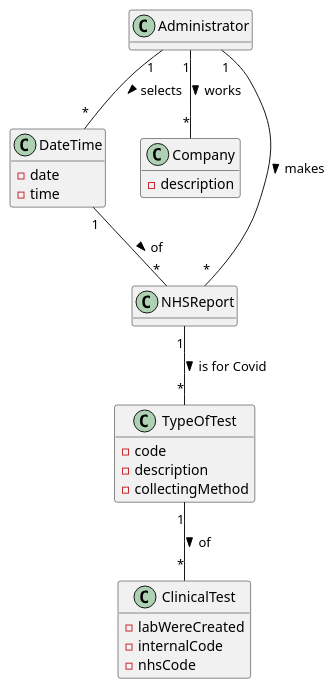
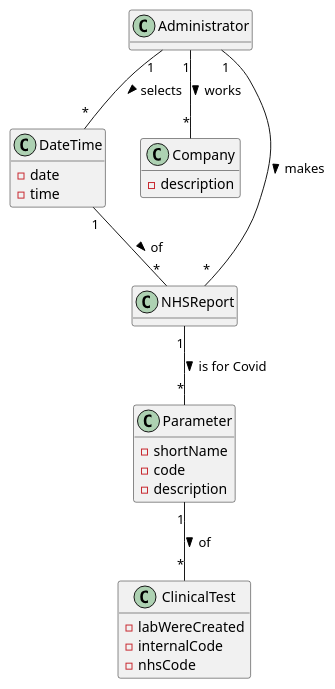
Before and after one commit to GuilhermeCunha79/lapr2: the diagram in docs/SprintD/US18/UC18_MD.puml, drawn with PlantUML. The commit also changed 12 other files, not shown here.

```diff
--- a/docs/SprintD/US18/UC18_MD.puml
+++ b/docs/SprintD/US18/UC18_MD.puml
@@ -1,37 +1,37 @@
 @startuml
 'https://plantuml.com/sequence-diagram
 
 hide methods
 
 class Administrator
 
 
 class ClinicalTest {
     -labWereCreated
     -internalCode
     -nhsCode
 }
 
 
 class DateTime {
     -date
     -time
 }
 
 class Company {
     -description
 }
 
-class TypeOfTest {
+class Parameter {
+    -shortName
     -code
     -description
-    -collectingMethod
 }
 
 Administrator"1" -- "*"Company : > works
 Administrator"1"--"*"NHSReport : > makes
 Administrator"1"--"*"DateTime : > selects
 DateTime"1"--"*"NHSReport : > of
-NHSReport"1"--"*"TypeOfTest : > is for Covid
-TypeOfTest"1"--"*"ClinicalTest : > of
+NHSReport"1"--"*"Parameter: > is for Covid
+Parameter"1"--"*"ClinicalTest : > of
 @enduml
```
